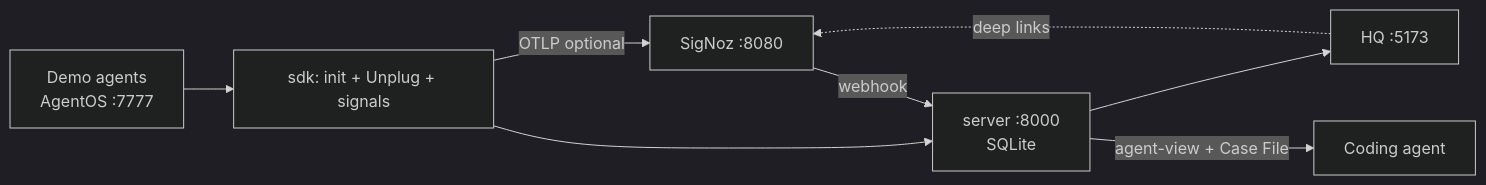
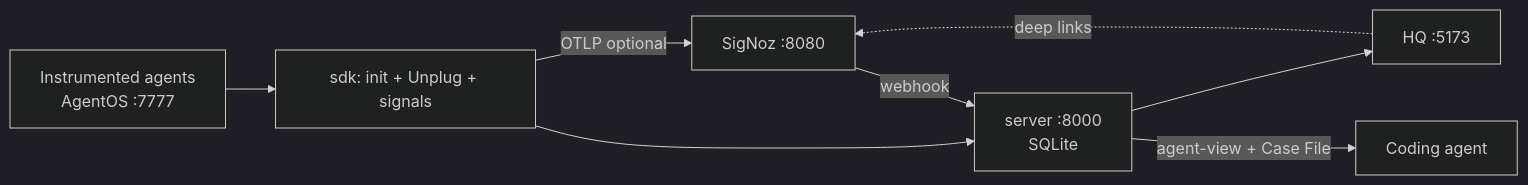
The first of 2 diagrams in docs/16-product-review-brief.md (chiruu12/arcnet), drawn with Mermaid (dark theme) before and after one commit. The commit also changed other lines of this file and 6 other files, not shown here.

````diff
--- a/docs/16-product-review-brief.md
+++ b/docs/16-product-review-brief.md
@@ -46,10 +49,10 @@
 ```mermaid
 flowchart LR
-  Agents["Demo agents\nAgentOS :7777"] --> SDK["sdk: init + Unplug + signals"]
+  Agents["Instrumented agents\nAgentOS :7777"] --> SDK["sdk: init + Unplug + signals"]
   SDK -->|OTLP optional| SN["SigNoz :8080"]
   SDK --> SV["server :8000\nSQLite"]
   SN -->|webhook| SV
   SV --> HQ["HQ :5173"]
   SV -->|agent-view + Case File| CA["Coding agent"]
   HQ -.->|deep links| SN
 ```
````
